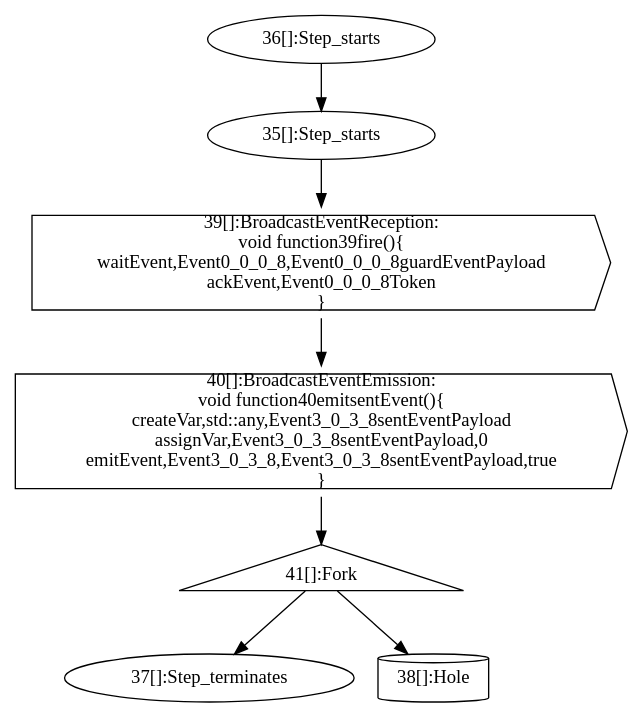
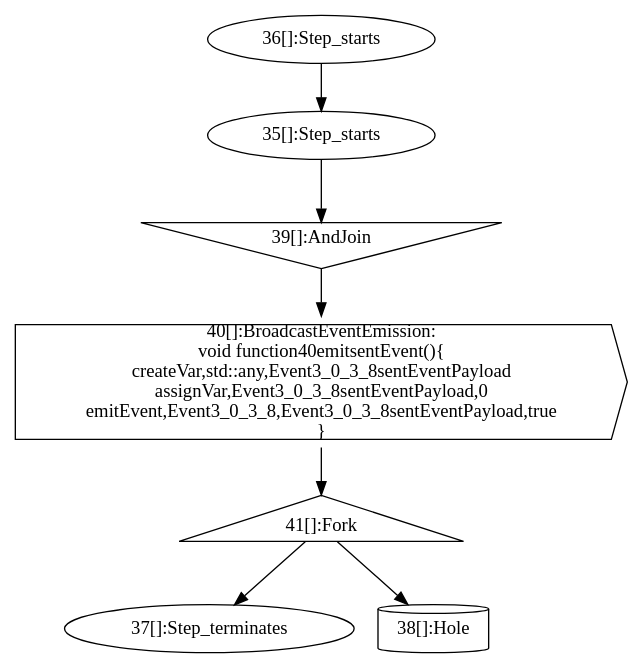
One commit to jdeantoni/TCOS.lang changed the diagram in examples/programs/generated/localCCFGs/localCCFG36init.dot. Above: the diagram before and after it, drawn with Graphviz. The commit also changed 64 other files, not shown here.

```diff
--- a/examples/programs/generated/localCCFGs/localCCFG36init.dot
+++ b/examples/programs/generated/localCCFGs/localCCFG36init.dot
@@ -1,24 +1,20 @@
 digraph G {
   "35" [label="35[]:Step_starts" shape="ellipse" ];
   "36" [label="36[]:Step_starts" shape="ellipse" ];
   "37" [label="37[]:Step_terminates" shape="ellipse" ];
   "38" [label="38[]:Hole" shape="cylinder" ];
-  "39" [label="39[]:BroadcastEventReception:
-void function39fire(){
-waitEvent,Event0_0_0_8,Event0_0_0_8guardEventPayload
-ackEvent,Event0_0_0_8Token
-}" shape="cds" ];
+  "39" [label="39[]:AndJoin" shape="invtriangle" ];
   "40" [label="40[]:BroadcastEventEmission:
 void function40emitsentEvent(){
 createVar,std::any,Event3_0_3_8sentEventPayload
 assignVar,Event3_0_3_8sentEventPayload,0
 emitEvent,Event3_0_3_8,Event3_0_3_8sentEventPayload,true
 }" shape="cds" ];
   "41" [label="41[]:Fork" shape="triangle" ];
   "36" -> "35" [label=""];
   "35" -> "39" [label=""];
   "39" -> "40" [label=""];
   "40" -> "41" [label=""];
   "41" -> "37" [label=""];
   "41" -> "38" [label=""];
 }
```
